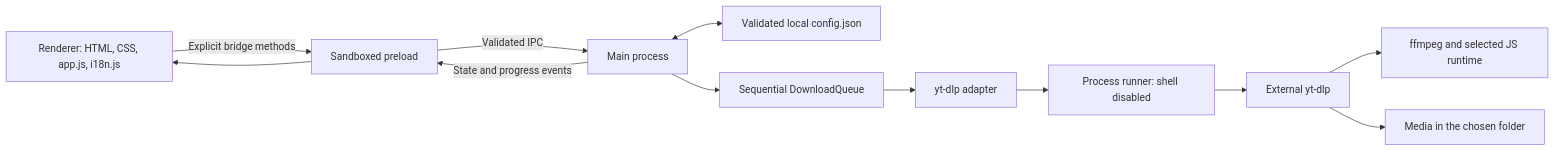
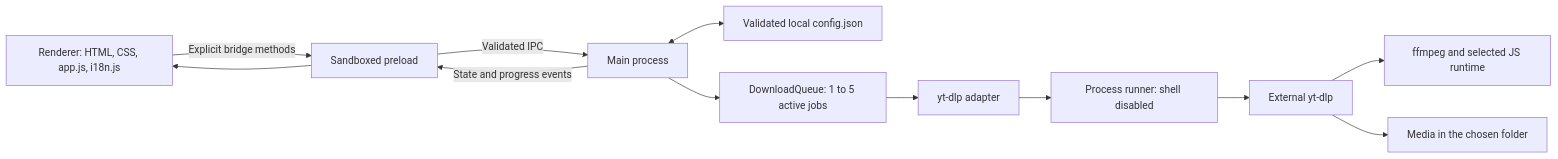
Before and after one commit to miikkij/VideoNinja: the first of 2 diagrams in docs/ARCHITECTURE.md, drawn with Mermaid. The commit also changed other lines of this file and 34 other files, not shown here.

````diff
--- a/docs/ARCHITECTURE.md
+++ b/docs/ARCHITECTURE.md
@@ -8,14 +8,14 @@
 ```mermaid
 flowchart LR
     UI["Renderer: HTML, CSS, app.js, i18n.js"] -->|Explicit bridge methods| PRE["Sandboxed preload"]
     PRE -->|Validated IPC| MAIN["Main process"]
     MAIN -->|State and progress events| PRE
     PRE --> UI
     MAIN <--> STORE["Validated local config.json"]
-    MAIN --> QUEUE["Sequential DownloadQueue"]
+    MAIN --> QUEUE["DownloadQueue: 1 to 5 active jobs"]
     QUEUE --> ADAPTER["yt-dlp adapter"]
     ADAPTER --> RUNNER["Process runner: shell disabled"]
     RUNNER --> YTDLP["External yt-dlp"]
     YTDLP --> TOOLS["ffmpeg and selected JS runtime"]
     YTDLP --> MEDIA["Media in the chosen folder"]
 ```
````
